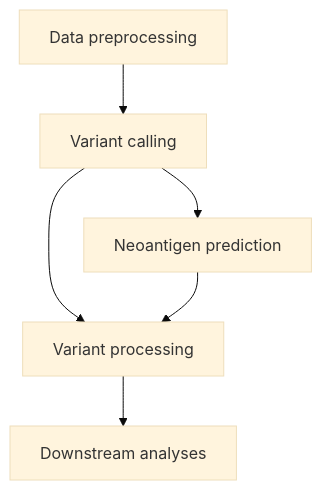
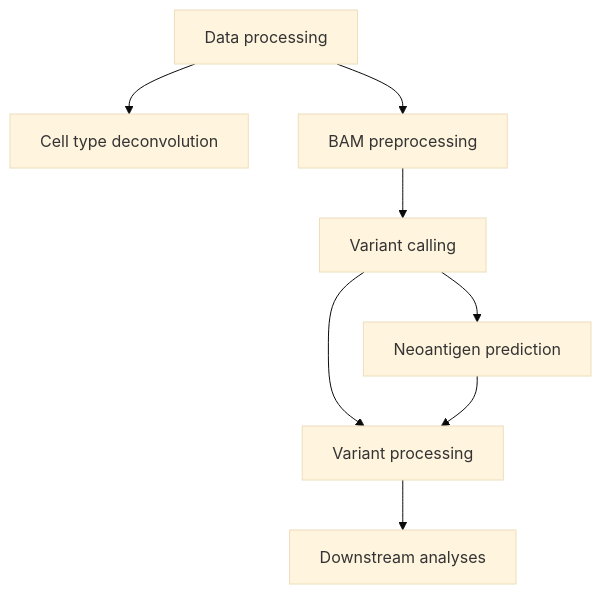
The diagram in README.md (cancer-research-malaysia/CRMY-Spatial), drawn with Mermaid (base theme) before and after one commit. The commit also changed other lines of this file and 22 other files, not shown here.

````diff
--- a/README.md
+++ b/README.md
@@ -9,8 +16,10 @@
 ```mermaid
 graph TD;
-  A[Data preprocessing]--> B[Variant calling];
+	F[Data processing]-->G[Cell type deconvolution];
+	F-->A[BAM preprocessing];
+  A--> B[Variant calling];
   B--> C[Neoantigen prediction];
   B--> D[Variant processing];
   C--> D;
   D--> E[Downstream analyses];
 ```
````
